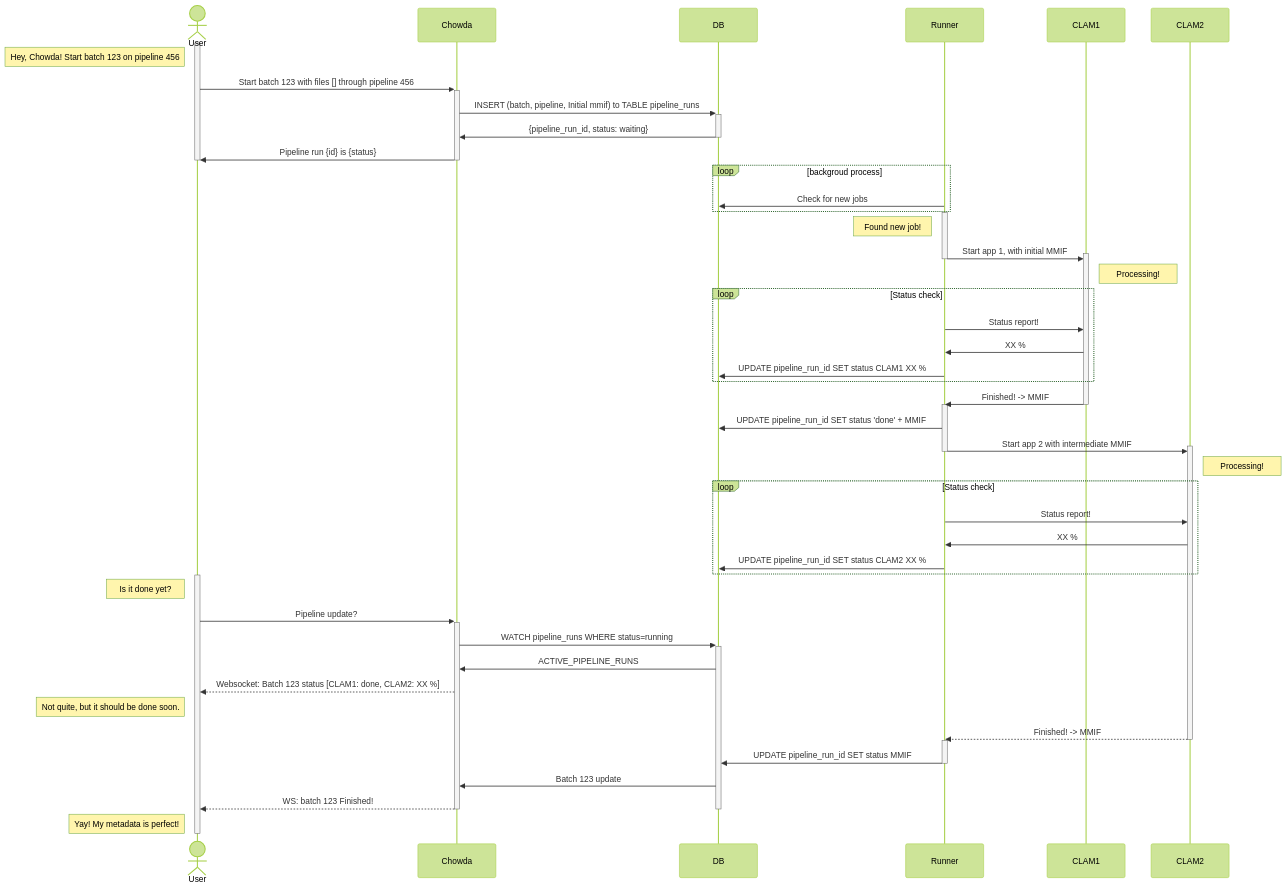
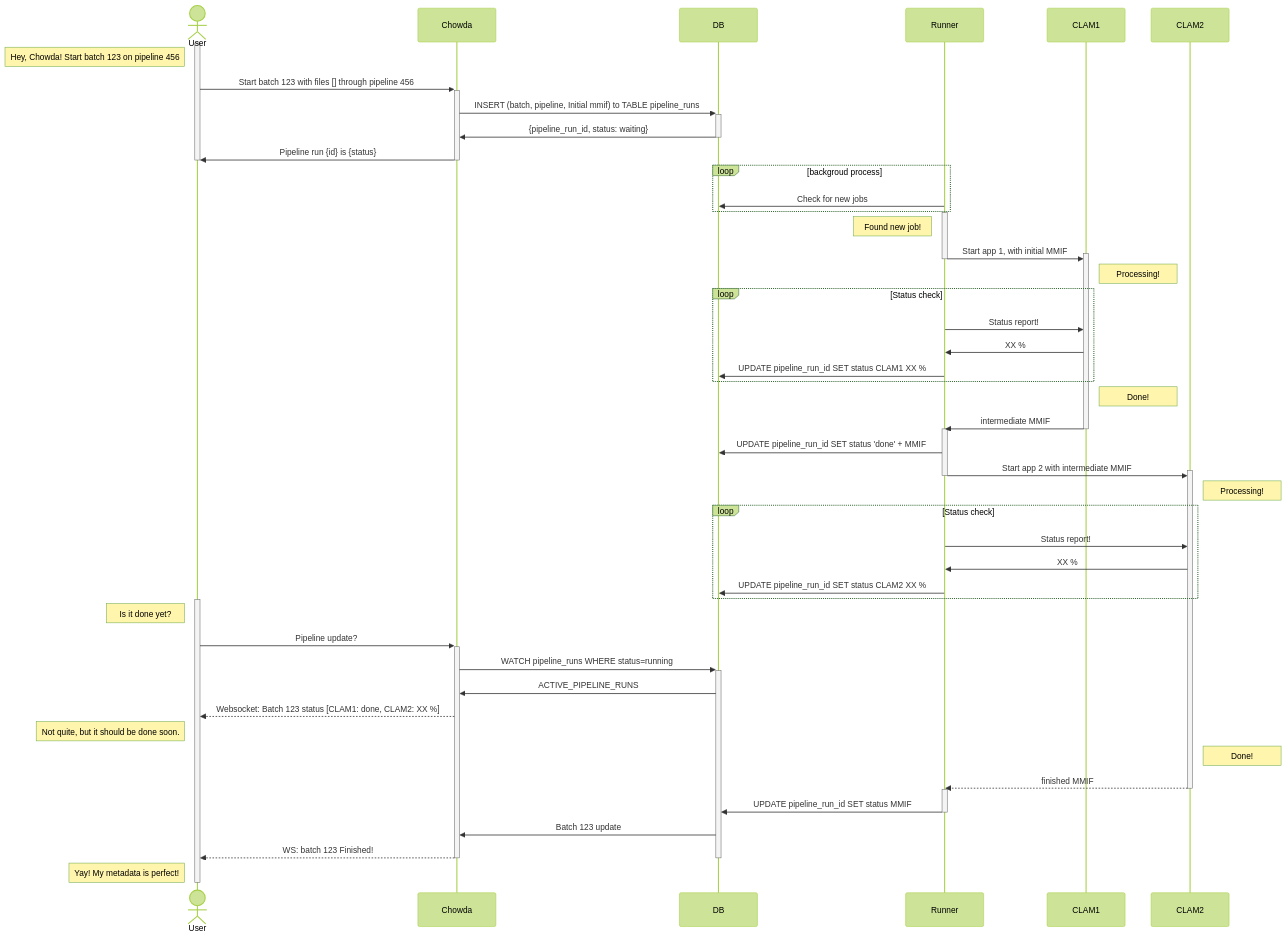
One commit to WGBH-MLA/chowda changed the diagram in README.md. Above: the diagram before and after it, drawn with Mermaid (forest theme). The commit also changed 7 other files, not shown here.

````diff
--- a/README.md
+++ b/README.md
@@ -40,71 +40,73 @@
 ```mermaid
 sequenceDiagram
     actor User
     participant Chowda
     participant DB
     participant Runner
     participant CLAM1
     participant CLAM2
 
-    activate User
 
     %% User starts job
+    activate User
     note left of User: Hey, Chowda! Start batch 123 on pipeline 456
     User ->> + Chowda: Start batch 123 with files [] through pipeline 456
     Chowda ->> + DB: INSERT (batch, pipeline, Initial mmif) to TABLE pipeline_runs
     DB ->> - Chowda: {pipeline_run_id, status: waiting}
     Chowda ->> - User: Pipeline run {id} is {status}
     deactivate User
     loop backgroud process
         Runner ->> DB: Check for new jobs
     end
 
     %% Runner
     activate Runner
     note left of Runner: Found new job!
     Runner ->> + CLAM1: Start app 1, with initial MMIF
     deactivate Runner
 
     %% CLAM1
     note right of CLAM1: Processing!
     loop Status check
         Runner ->> CLAM1: Status report!
         CLAM1 ->> Runner: XX %
         Runner ->> DB: UPDATE pipeline_run_id SET status CLAM1 XX %
     end
-    CLAM1 ->> - Runner: Finished! -> MMIF
+    note right of CLAM1: Done!
+    CLAM1 ->> - Runner: intermediate MMIF
     activate Runner
     Runner ->> DB: UPDATE pipeline_run_id SET status 'done' + MMIF
 
     %% CLAM 2
     Runner ->> + CLAM2: Start app 2 with intermediate MMIF
     deactivate Runner
     note right of CLAM2: Processing!
     loop Status check
         Runner ->> CLAM2: Status report!
         CLAM2 ->> Runner: XX %
         Runner ->> DB: UPDATE pipeline_run_id SET status CLAM2 XX %
     end
 
     %% User update
     activate User
     note left of User: Is it done yet?
     User ->> + Chowda: Pipeline update?
     Chowda ->> + DB: WATCH pipeline_runs WHERE status=running
     DB ->> Chowda: ACTIVE_PIPELINE_RUNS
     Chowda -->> User: Websocket: Batch 123 status [CLAM1: done, CLAM2: XX %]
     note left of User: Not quite, but it should be done soon.
 
     %% CLAMS finished
-    CLAM2 -->> - Runner: Finished! -> MMIF
+    note right of CLAM2: Done!
+    CLAM2 -->> - Runner: finished MMIF
     activate Runner
     Runner ->> - DB: UPDATE pipeline_run_id SET status MMIF
     DB ->> Chowda: Batch 123 update
     Chowda -->> User: WS: batch 123 Finished!
     deactivate Chowda
     deactivate DB
 
     note left of User: Yay! My metadata is perfect!
     deactivate User
 
 ```
````
